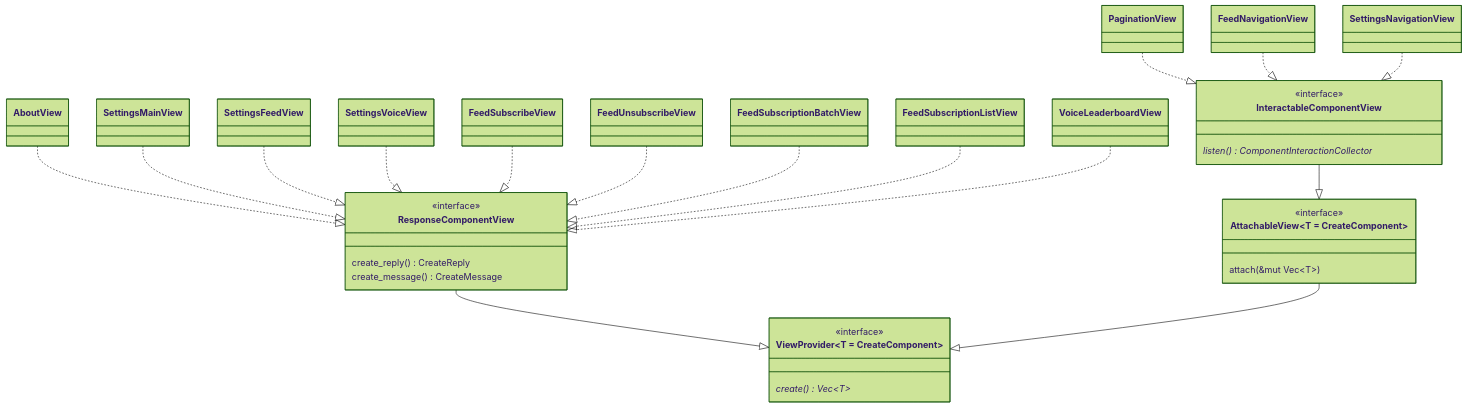
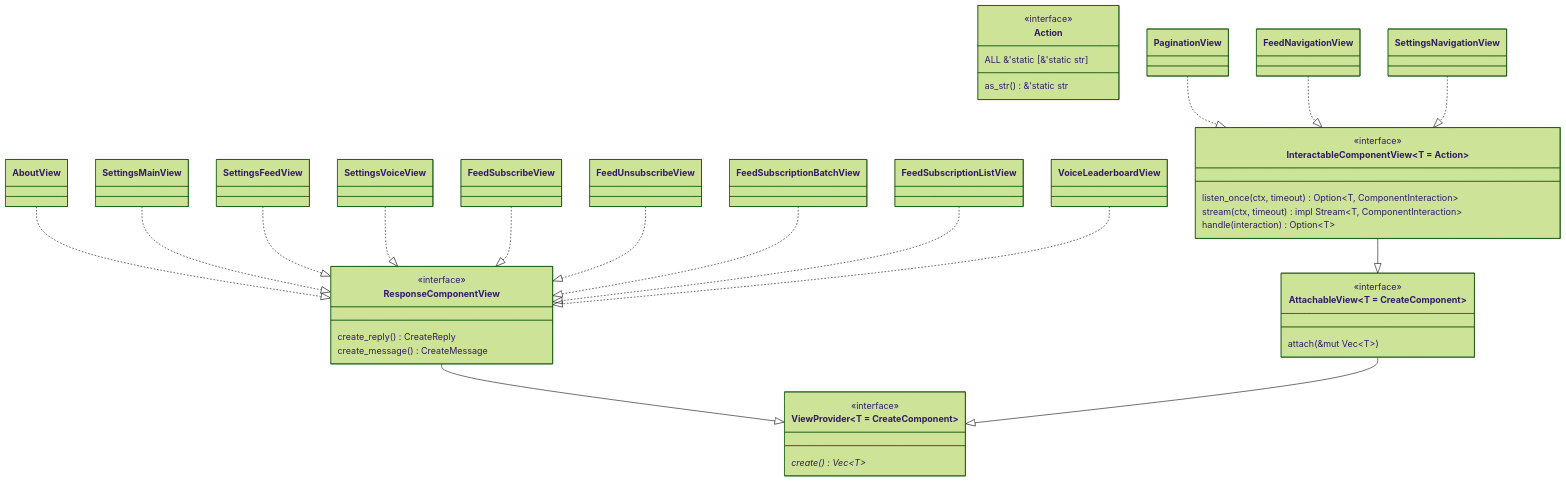
The diagram in docs/diagrams/view-uml.mmd (FAZuH/pwr-bot), drawn with Mermaid (forest theme) before and after one commit. The commit also changed 5 other files, not shown here.

Commit message:
refactor(bot): Improve proposed view architecture

```diff
--- a/docs/diagrams/view-uml.mmd
+++ b/docs/diagrams/view-uml.mmd
@@ -1,64 +1,72 @@
 %% UI UML
 classDiagram
     %% Interfaces
     class ViewProvider~T = CreateComponent~ {
         <<interface>>
         create() Vec~T~*
     }
 
     class ResponseComponentView {
         <<interface>>
         create_reply() CreateReply
         create_message() CreateMessage
     }
 
     class AttachableView~T = CreateComponent~ {
         <<interface>>
         attach(&mut Vec~T~)
     }
 
-    class InteractableComponentView {
+    class InteractableComponentView~T = Action~ {
         <<interface>>
-        listen() ComponentInteractionCollector*
+        listen_once(ctx, timeout) Option~T, ComponentInteraction~
+        stream(ctx, timeout) impl Stream~T, ComponentInteraction~
+        handle(interaction) Option~T~
+    }
+
+    class Action {
+        <<interface>>
+        ALL &'static [&'static str]
+        as_str() &'static str
     }
 
     %% Interface Relationships
     ResponseComponentView --|> ViewProvider
     AttachableView --|> ViewProvider
     InteractableComponentView --|> AttachableView
 
     %% Classes
     class AboutView
 
     class SettingsMainView
     class SettingsFeedView
     class SettingsVoiceView
     class SettingsNavigationView
 
     class FeedSubscribeView
     class FeedUnsubscribeView
     class FeedSubscriptionBatchView
     class FeedSubscriptionListView
     class FeedNavigationView
 
     class VoiceLeaderboardView
     
     class PaginationView
 
     %% Class Relationships
     AboutView ..|> ResponseComponentView
 
     SettingsMainView ..|> ResponseComponentView
     SettingsFeedView ..|> ResponseComponentView
     SettingsVoiceView ..|> ResponseComponentView
 
     FeedSubscribeView ..|> ResponseComponentView
     FeedUnsubscribeView ..|> ResponseComponentView
     FeedSubscriptionBatchView ..|> ResponseComponentView
     FeedSubscriptionListView ..|> ResponseComponentView
 
     VoiceLeaderboardView ..|> ResponseComponentView
 
     PaginationView ..|> InteractableComponentView
     FeedNavigationView ..|> InteractableComponentView
     SettingsNavigationView ..|> InteractableComponentView
```
